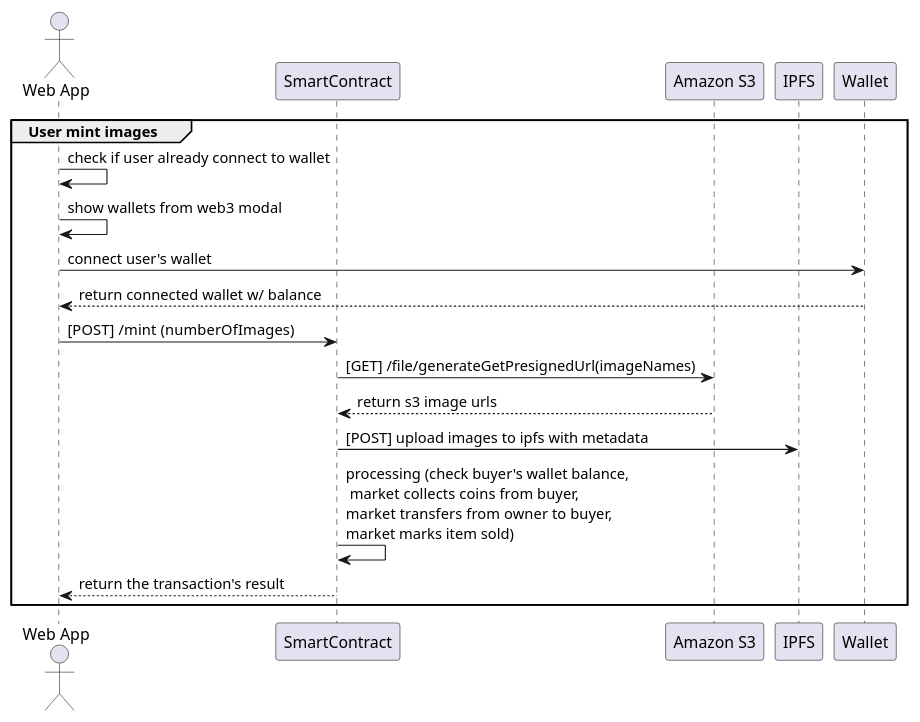
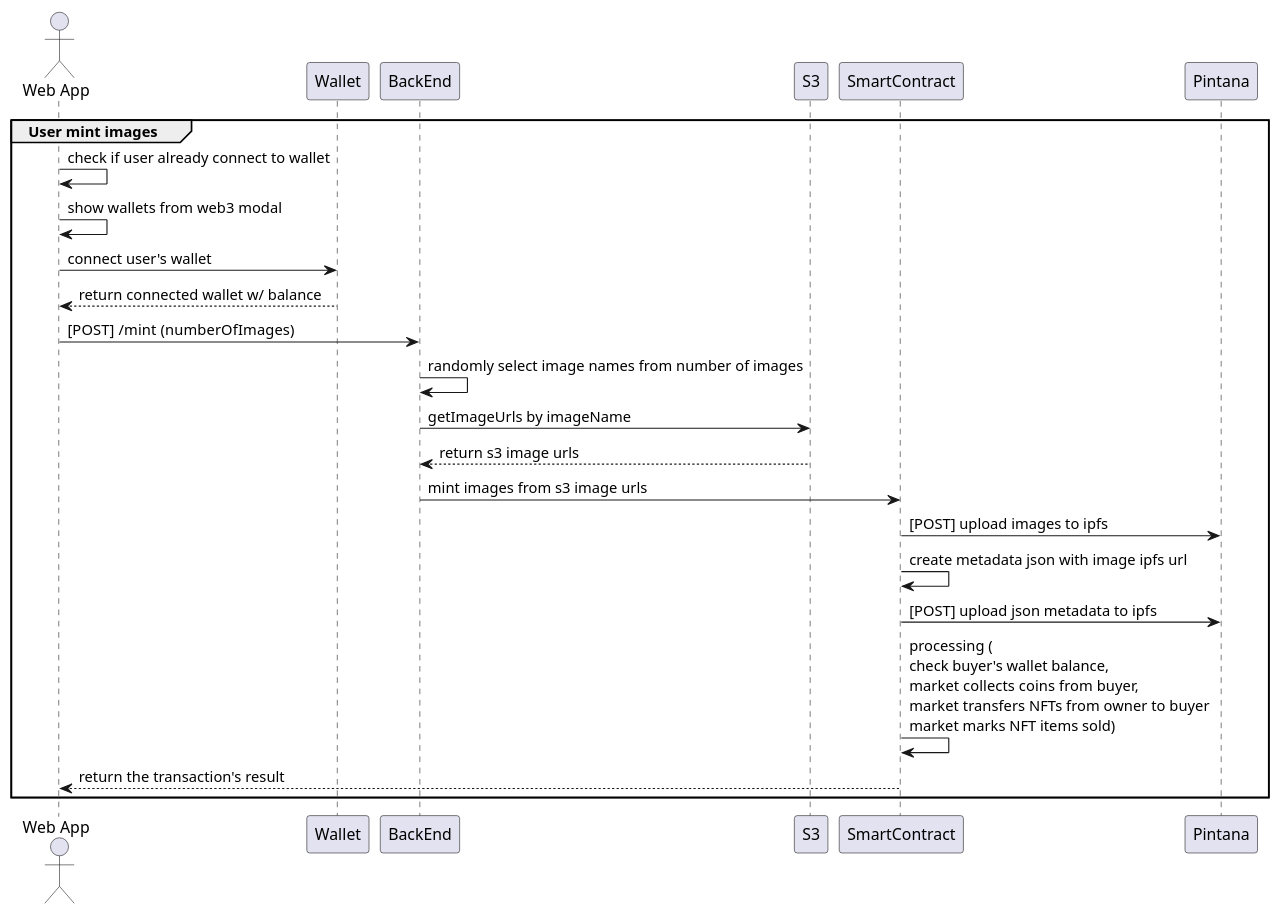
Before and after one commit to rada-network/nft4charity: the diagram in docs/mint.puml, drawn with PlantUML.

Commit message:
docs: updated puml

```diff
--- a/docs/mint.puml
+++ b/docs/mint.puml
@@ -1,23 +1,28 @@
 @startuml
 
 actor "Web App" as fe
+participant "Wallet" as wallet
+participant "BackEnd" as be
+participant "S3" as s3
+participant "SmartContract" as sc
+participant "Pintana" as ipfs
 
-participant "SmartContract" as sc
-participant "Amazon S3" as s3
-participant "IPFS" as ipfs
-participant "Wallet" as wallet
 
 group User mint images
 fe -> fe: check if user already connect to wallet 
 fe -> fe: show wallets from web3 modal
 fe -> wallet: connect user's wallet
 wallet --> fe: return connected wallet w/ balance
-fe -> sc: [POST]  /mint (numberOfImages)
-sc -> s3: [GET] /file/generateGetPresignedUrl(imageNames)
-s3 --> sc: return s3 image urls
-sc -> ipfs: [POST] upload images to ipfs with metadata
-sc -> sc: processing (check buyer's wallet balance, \n market collects coins from buyer, \nmarket transfers from owner to buyer, \nmarket marks item sold)
+fe -> be: [POST]  /mint (numberOfImages)
+be -> be: randomly select image names from number of images
+be -> s3: getImageUrls by imageName 
+s3 --> be: return s3 image urls
+be -> sc: mint images from s3 image urls
+sc -> ipfs: [POST] upload images to ipfs
+sc -> sc: create metadata json with image ipfs url
+sc -> ipfs: [POST] upload json metadata to ipfs
+sc -> sc: processing (\ncheck buyer's wallet balance, \nmarket collects coins from buyer, \nmarket transfers NFTs from owner to buyer \nmarket marks NFT items sold)
 sc --> fe: return the transaction's result
 end
 
 @enduml
```
